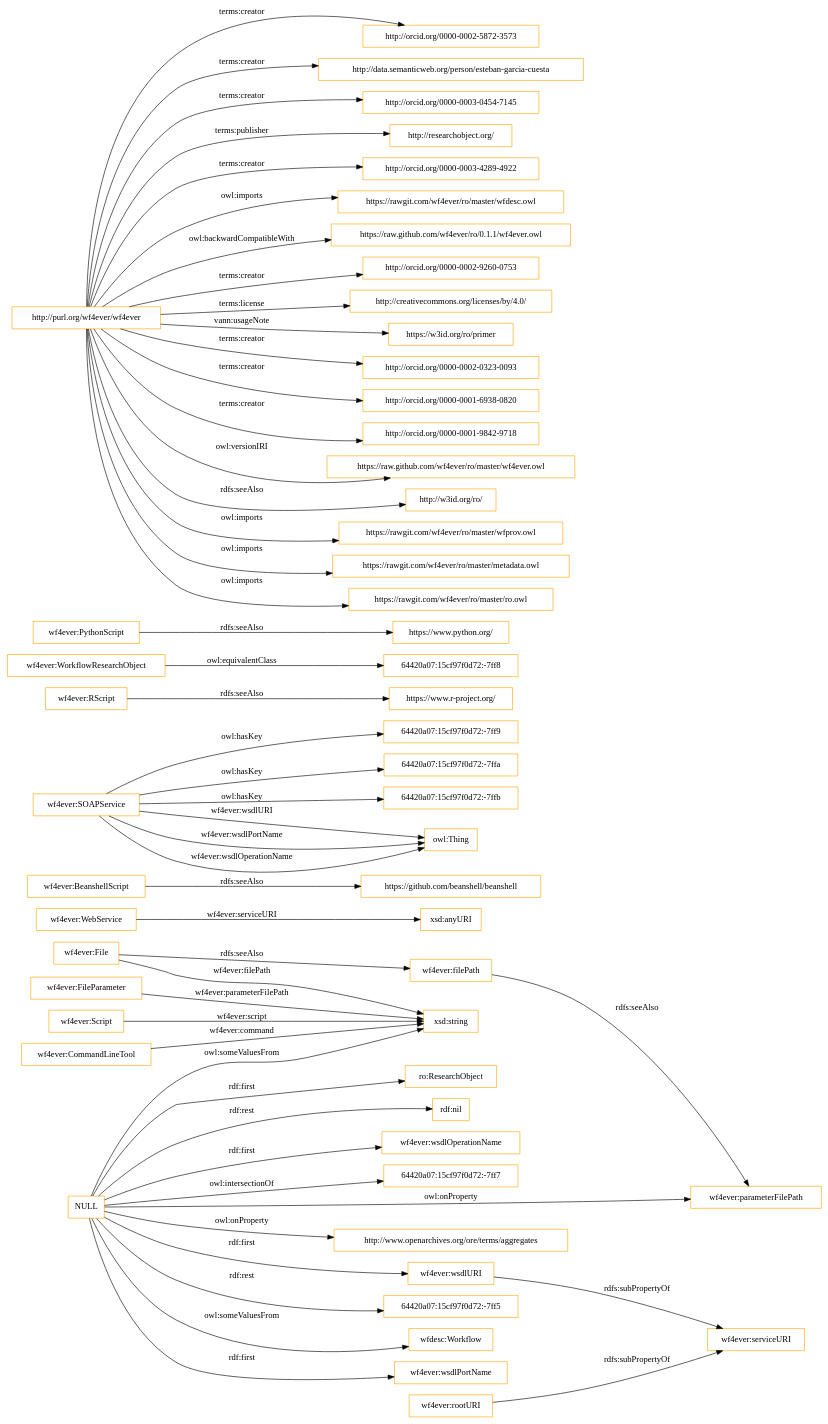
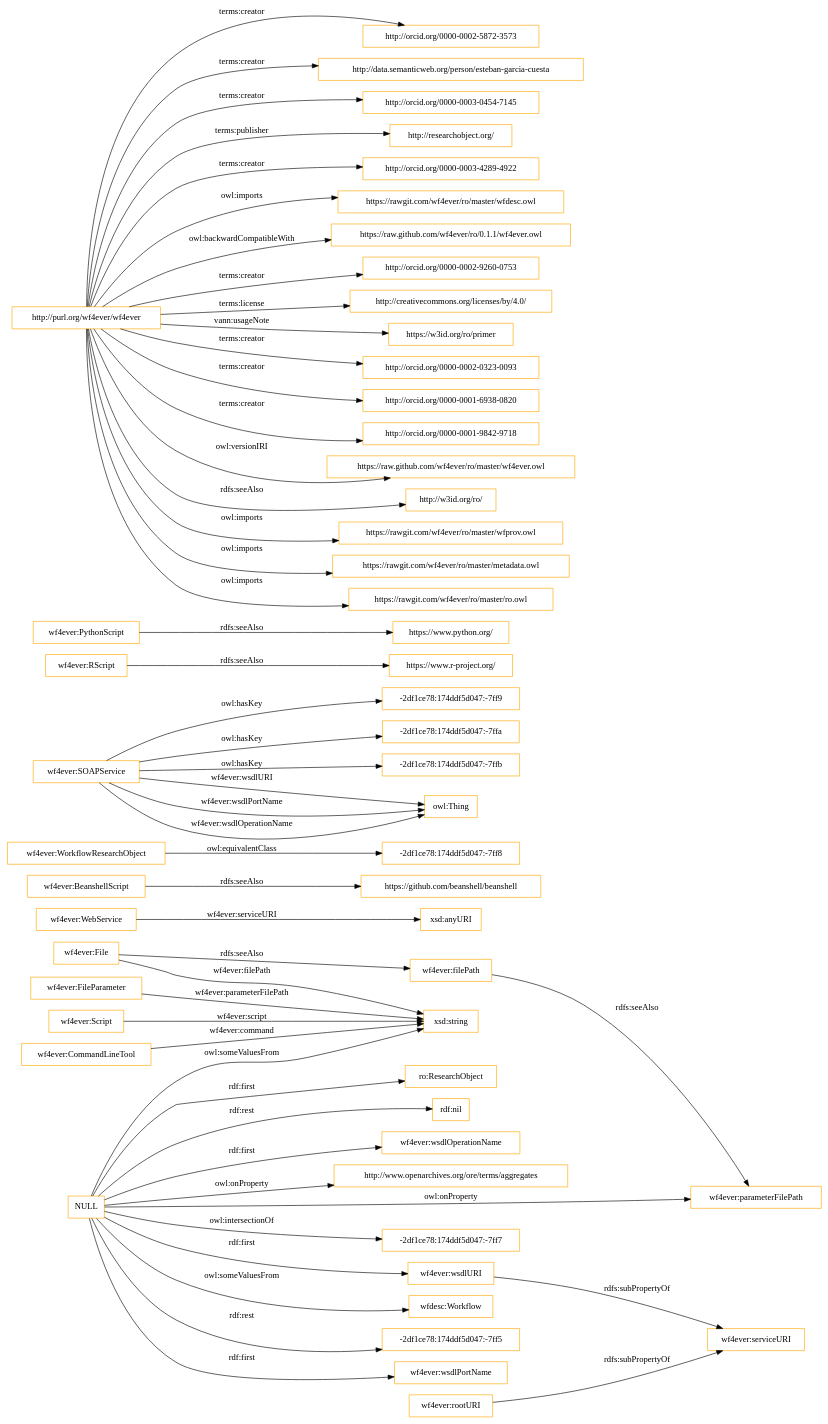
Before and after one commit to ahmad88me/ro: the diagram in OnToology/wf4ever.owl/diagrams/ar2dtool-class/wf4ever.owl.png.dot, drawn with Graphviz. The commit also changed 231 other files, not shown here.

```diff
--- a/OnToology/wf4ever.owl/diagrams/ar2dtool-class/wf4ever.owl.png.dot
+++ b/OnToology/wf4ever.owl/diagrams/ar2dtool-class/wf4ever.owl.png.dot
@@ -1,54 +1,54 @@
 digraph ar2dtool_diagram { 
 rankdir=LR;
 size="1501"
-node [shape = rectangle, color="orange"]; "wf4ever:FileParameter" "wf4ever:WebService" "wf4ever:File" "wf4ever:Script" "wf4ever:BeanshellScript" "wf4ever:CommandLineTool" "wf4ever:SOAPService" "wf4ever:RScript" "64420a07:15cf97f0d72:-7ff8" "wf4ever:PythonScript" "wf4ever:WorkflowResearchObject" ; /*classes style*/
+node [shape = rectangle, color="orange"]; "wf4ever:FileParameter" "wf4ever:WebService" "wf4ever:File" "wf4ever:Script" "wf4ever:BeanshellScript" "wf4ever:CommandLineTool" "-2df1ce78:174ddf5d047:-7ff8" "wf4ever:SOAPService" "wf4ever:RScript" "wf4ever:PythonScript" "wf4ever:WorkflowResearchObject" ; /*classes style*/
 	"wf4ever:RScript" -> "https://www.r-project.org/" [ label = "rdfs:seeAlso" ];
 	"wf4ever:BeanshellScript" -> "https://github.com/beanshell/beanshell" [ label = "rdfs:seeAlso" ];
 	"wf4ever:rootURI" -> "wf4ever:serviceURI" [ label = "rdfs:subPropertyOf" ];
-	"wf4ever:WorkflowResearchObject" -> "64420a07:15cf97f0d72:-7ff8" [ label = "owl:equivalentClass" ];
+	"wf4ever:WorkflowResearchObject" -> "-2df1ce78:174ddf5d047:-7ff8" [ label = "owl:equivalentClass" ];
 	"wf4ever:filePath" -> "wf4ever:parameterFilePath" [ label = "rdfs:seeAlso" ];
 	"wf4ever:File" -> "wf4ever:filePath" [ label = "rdfs:seeAlso" ];
 	"wf4ever:PythonScript" -> "https://www.python.org/" [ label = "rdfs:seeAlso" ];
 	"http://purl.org/wf4ever/wf4ever" -> "http://orcid.org/0000-0002-5872-3573" [ label = "terms:creator" ];
 	"http://purl.org/wf4ever/wf4ever" -> "http://data.semanticweb.org/person/esteban-garcia-cuesta" [ label = "terms:creator" ];
 	"http://purl.org/wf4ever/wf4ever" -> "http://orcid.org/0000-0003-0454-7145" [ label = "terms:creator" ];
 	"http://purl.org/wf4ever/wf4ever" -> "http://researchobject.org/" [ label = "terms:publisher" ];
 	"http://purl.org/wf4ever/wf4ever" -> "http://orcid.org/0000-0003-4289-4922" [ label = "terms:creator" ];
 	"http://purl.org/wf4ever/wf4ever" -> "https://rawgit.com/wf4ever/ro/master/wfdesc.owl" [ label = "owl:imports" ];
 	"http://purl.org/wf4ever/wf4ever" -> "https://raw.github.com/wf4ever/ro/0.1.1/wf4ever.owl" [ label = "owl:backwardCompatibleWith" ];
 	"http://purl.org/wf4ever/wf4ever" -> "http://orcid.org/0000-0002-9260-0753" [ label = "terms:creator" ];
 	"http://purl.org/wf4ever/wf4ever" -> "http://creativecommons.org/licenses/by/4.0/" [ label = "terms:license" ];
 	"http://purl.org/wf4ever/wf4ever" -> "https://w3id.org/ro/primer" [ label = "vann:usageNote" ];
 	"http://purl.org/wf4ever/wf4ever" -> "http://orcid.org/0000-0002-0323-0093" [ label = "terms:creator" ];
 	"http://purl.org/wf4ever/wf4ever" -> "http://orcid.org/0000-0001-6938-0820" [ label = "terms:creator" ];
 	"http://purl.org/wf4ever/wf4ever" -> "http://orcid.org/0000-0001-9842-9718" [ label = "terms:creator" ];
 	"http://purl.org/wf4ever/wf4ever" -> "https://raw.github.com/wf4ever/ro/master/wf4ever.owl" [ label = "owl:versionIRI" ];
 	"http://purl.org/wf4ever/wf4ever" -> "http://w3id.org/ro/" [ label = "rdfs:seeAlso" ];
 	"http://purl.org/wf4ever/wf4ever" -> "https://rawgit.com/wf4ever/ro/master/wfprov.owl" [ label = "owl:imports" ];
 	"http://purl.org/wf4ever/wf4ever" -> "https://rawgit.com/wf4ever/ro/master/metadata.owl" [ label = "owl:imports" ];
 	"http://purl.org/wf4ever/wf4ever" -> "https://rawgit.com/wf4ever/ro/master/ro.owl" [ label = "owl:imports" ];
 	"NULL" -> "xsd:string" [ label = "owl:someValuesFrom" ];
-	"NULL" -> "64420a07:15cf97f0d72:-7ff5" [ label = "rdf:rest" ];
 	"NULL" -> "wfdesc:Workflow" [ label = "owl:someValuesFrom" ];
+	"NULL" -> "-2df1ce78:174ddf5d047:-7ff5" [ label = "rdf:rest" ];
 	"NULL" -> "wf4ever:wsdlPortName" [ label = "rdf:first" ];
 	"NULL" -> "wf4ever:wsdlURI" [ label = "rdf:first" ];
 	"NULL" -> "ro:ResearchObject" [ label = "rdf:first" ];
 	"NULL" -> "rdf:nil" [ label = "rdf:rest" ];
 	"NULL" -> "wf4ever:wsdlOperationName" [ label = "rdf:first" ];
-	"NULL" -> "64420a07:15cf97f0d72:-7ff7" [ label = "owl:intersectionOf" ];
 	"NULL" -> "http://www.openarchives.org/ore/terms/aggregates" [ label = "owl:onProperty" ];
+	"NULL" -> "-2df1ce78:174ddf5d047:-7ff7" [ label = "owl:intersectionOf" ];
 	"NULL" -> "wf4ever:parameterFilePath" [ label = "owl:onProperty" ];
-	"wf4ever:SOAPService" -> "64420a07:15cf97f0d72:-7ff9" [ label = "owl:hasKey" ];
-	"wf4ever:SOAPService" -> "64420a07:15cf97f0d72:-7ffa" [ label = "owl:hasKey" ];
-	"wf4ever:SOAPService" -> "64420a07:15cf97f0d72:-7ffb" [ label = "owl:hasKey" ];
+	"wf4ever:SOAPService" -> "-2df1ce78:174ddf5d047:-7ff9" [ label = "owl:hasKey" ];
+	"wf4ever:SOAPService" -> "-2df1ce78:174ddf5d047:-7ffa" [ label = "owl:hasKey" ];
+	"wf4ever:SOAPService" -> "-2df1ce78:174ddf5d047:-7ffb" [ label = "owl:hasKey" ];
 	"wf4ever:wsdlURI" -> "wf4ever:serviceURI" [ label = "rdfs:subPropertyOf" ];
 	"wf4ever:SOAPService" -> "owl:Thing" [ label = "wf4ever:wsdlURI" ];
 	"wf4ever:Script" -> "xsd:string" [ label = "wf4ever:script" ];
 	"wf4ever:CommandLineTool" -> "xsd:string" [ label = "wf4ever:command" ];
 	"wf4ever:SOAPService" -> "owl:Thing" [ label = "wf4ever:wsdlPortName" ];
 	"wf4ever:File" -> "xsd:string" [ label = "wf4ever:filePath" ];
 	"wf4ever:FileParameter" -> "xsd:string" [ label = "wf4ever:parameterFilePath" ];
 	"wf4ever:SOAPService" -> "owl:Thing" [ label = "wf4ever:wsdlOperationName" ];
 	"wf4ever:WebService" -> "xsd:anyURI" [ label = "wf4ever:serviceURI" ];
 
 }
```
